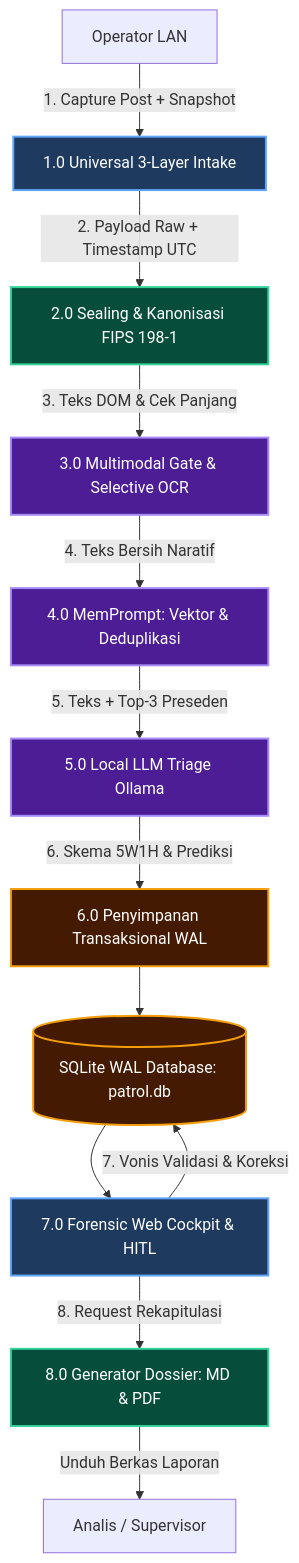
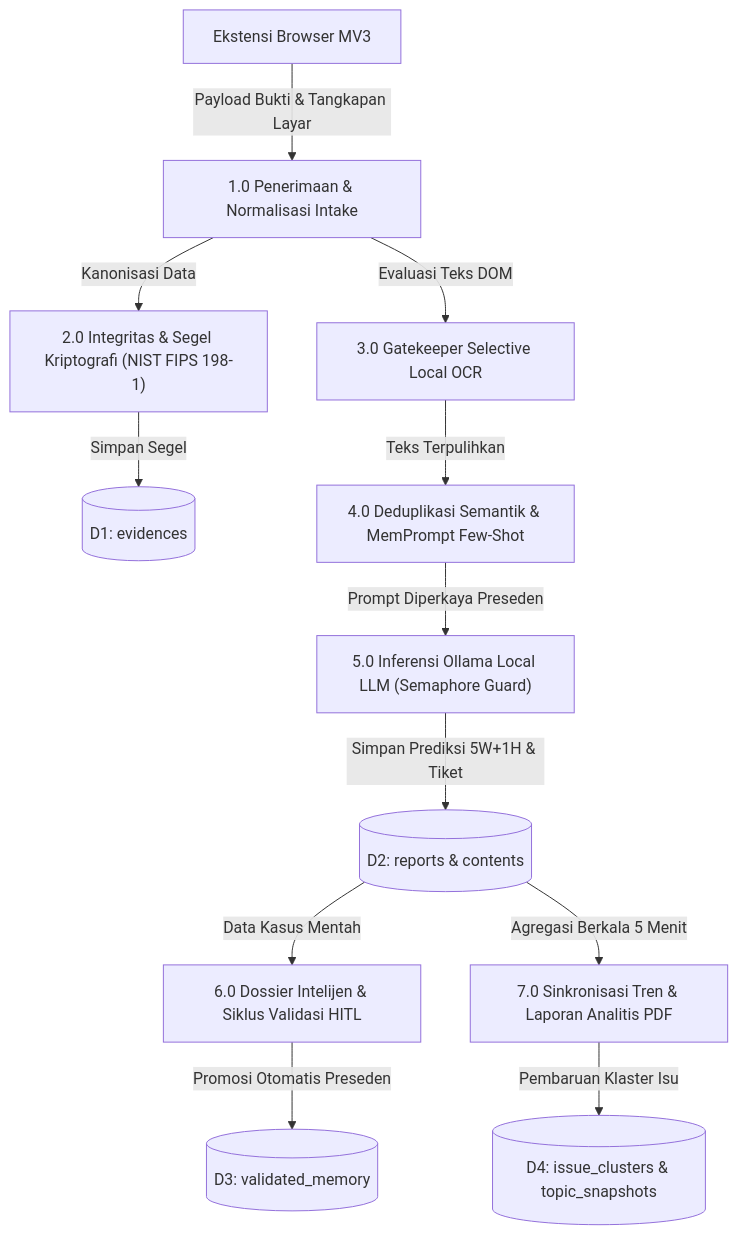
The third of 13 diagrams in SYSTEM_PRD_AND_ARCHITECTURE.md (Hihanghohengg/cyber-patroli-assistant), drawn with Mermaid before and after one commit. The commit also changed other lines of this file, not shown here.

Commit message:
docs(prd-arch): update SYSTEM_PRD_AND_ARCHITECTURE.md to v5.2 reflecting unified cockpit, automated HITL, and anti-slop standard

````diff
--- a/SYSTEM_PRD_AND_ARCHITECTURE.md
+++ b/SYSTEM_PRD_AND_ARCHITECTURE.md
@@ -216,23 +224,19 @@
 ```mermaid
 flowchart TD
-    classDef client fill:#1e3a5f,stroke:#60a5fa,stroke-width:2px,color:#fff;
-    classDef crypto fill:#064e3b,stroke:#34d399,stroke-width:2px,color:#fff;
-    classDef ai fill:#4c1d95,stroke:#a78bfa,stroke-width:2px,color:#fff;
-    classDef db fill:#451a03,stroke:#f59e0b,stroke-width:2px,color:#fff;
-
-    OP[Operator LAN] -->|1. Capture Post + Snapshot| P1[1.0 Universal 3-Layer Intake]:::client
-    P1 -->|2. Payload Raw + Timestamp UTC| P2[2.0 Sealing & Kanonisasi FIPS 198-1]:::crypto
+    Ext["Ekstensi Browser MV3"] -->|Payload Bukti & Tangkapan Layar| P1["1.0 Penerimaan & Normalisasi Intake"]
     
-    P2 -->|3. Teks DOM & Cek Panjang| P3[3.0 Multimodal Gate & Selective OCR]:::ai
-    P3 -->|4. Teks Bersih Naratif| P4[4.0 MemPrompt: Vektor & Deduplikasi]:::ai
+    P1 -->|Kanonisasi Data| P2["2.0 Integritas & Segel Kriptografi (NIST FIPS 198-1)"]
+    P2 -->|Simpan Segel| DB_Evidences[("D1: evidences")]
     
-    P4 -->|5. Teks + Top-3 Preseden| P5[5.0 Local LLM Triage Ollama]:::ai
-    P5 -->|6. Skema 5W1H & Prediksi| P6[6.0 Penyimpanan Transaksional WAL]:::db
+    P1 -->|Evaluasi Teks DOM| P3["3.0 Gatekeeper Selective Local OCR"]
+    P3 -->|Teks Terpulihkan| P4["4.0 Deduplikasi Semantik & MemPrompt Few-Shot"]
     
-    P6 --> D1[(SQLite WAL Database: patrol.db)]:::db
+    P4 -->|Prompt Diperkaya Preseden| P5["5.0 Inferensi Ollama Local LLM (Semaphore Guard)"]
+    P5 -->|Simpan Prediksi 5W+1H & Tiket| DB_Reports[("D2: reports & contents")]
     
-    D1 --> P7[7.0 Forensic Web Cockpit & HITL]:::client
-    P7 -->|7. Vonis Validasi & Koreksi| D1
-    P7 -->|8. Request Rekapitulasi| P8[8.0 Generator Dossier: MD & PDF]:::crypto
-    P8 -->|Unduh Berkas Laporan| AN[Analis / Supervisor]
+    DB_Reports -->|Data Kasus Mentah| P6["6.0 Dossier Intelijen & Siklus Validasi HITL"]
+    P6 -->|Promosi Otomatis Preseden| DB_Memory[("D3: validated_memory")]
+    
+    DB_Reports -->|Agregasi Berkala 5 Menit| P7["7.0 Sinkronisasi Tren & Laporan Analitis PDF"]
+    P7 -->|Pembaruan Klaster Isu| DB_Clusters[("D4: issue_clusters & topic_snapshots")]
 ```
````
